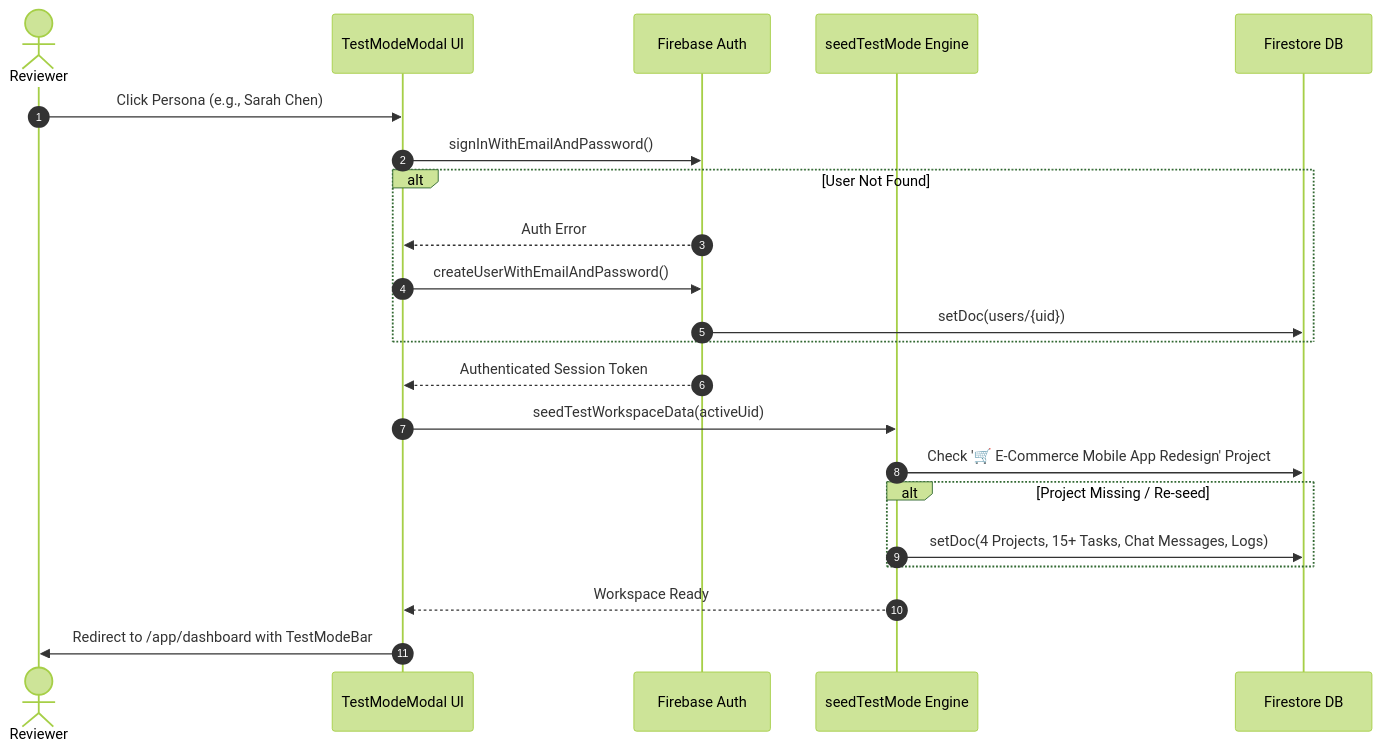
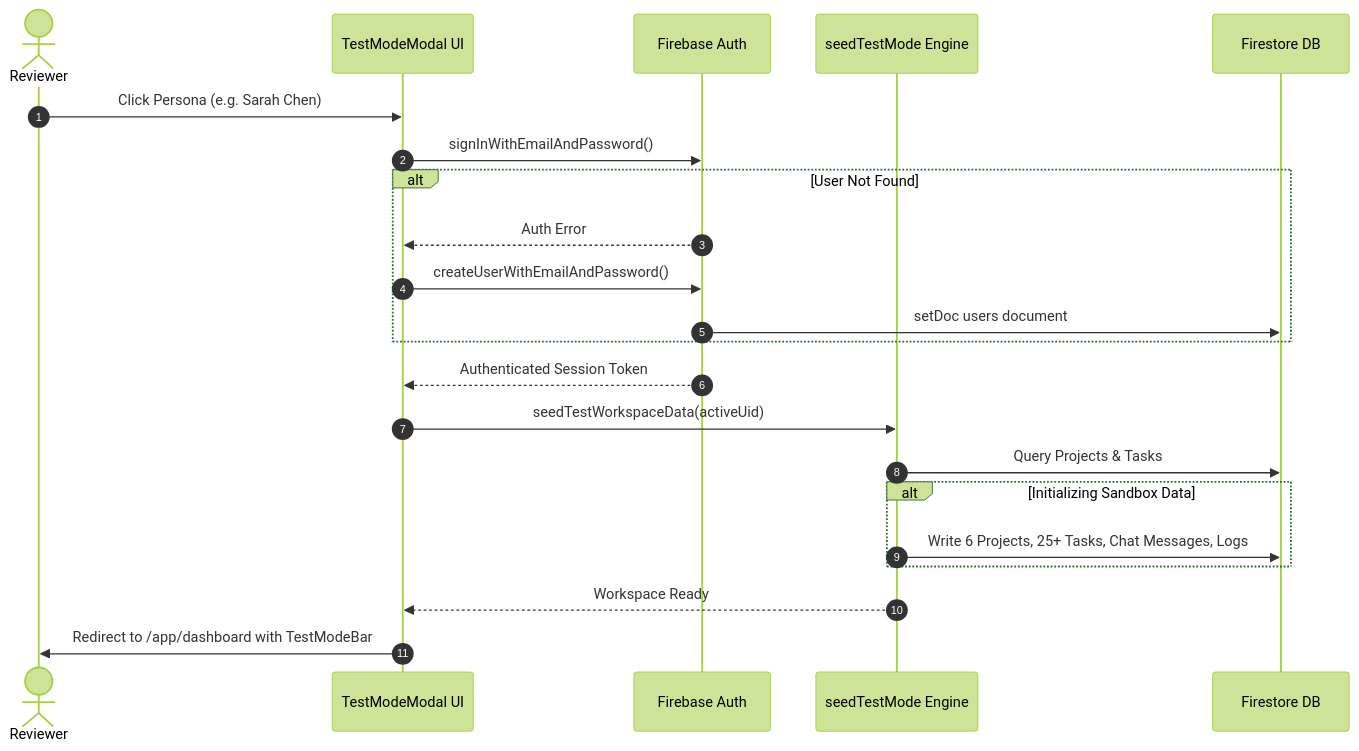
Before and after one commit to shubhrgunjan/TJ-Tasks-2026-Shubhr-Gunjan: the second of 5 diagrams in README.md, drawn with Mermaid (forest theme). The commit also changed other lines of this file and 3 other files, not shown here.

Commit message:
fix: github mermaid diagram syntax, rich seeded test mode data with dynamic UIDs, and cache-busting custom SVG favicon

````diff
--- a/README.md
+++ b/README.md
@@ -63,25 +63,25 @@
 ```mermaid
 sequenceDiagram
     autonumber
     actor Reviewer
     participant UI as TestModeModal UI
     participant Auth as Firebase Auth
     participant Seed as seedTestMode Engine
     participant DB as Firestore DB
     
-    Reviewer->>UI: Click Persona (e.g., Sarah Chen)
+    Reviewer->>UI: Click Persona (e.g. Sarah Chen)
     UI->>Auth: signInWithEmailAndPassword()
     alt User Not Found
         Auth-->>UI: Auth Error
         UI->>Auth: createUserWithEmailAndPassword()
-        Auth->>DB: setDoc(users/{uid})
+        Auth->>DB: setDoc users document
     end
     Auth-->>UI: Authenticated Session Token
     UI->>Seed: seedTestWorkspaceData(activeUid)
-    Seed->>DB: Check '🛒 E-Commerce Mobile App Redesign' Project
-    alt Project Missing / Re-seed
-        Seed->>DB: setDoc(4 Projects, 15+ Tasks, Chat Messages, Logs)
+    Seed->>DB: Query Projects & Tasks
+    alt Initializing Sandbox Data
+        Seed->>DB: Write 6 Projects, 25+ Tasks, Chat Messages, Logs
     end
     Seed-->>UI: Workspace Ready
     UI->>Reviewer: Redirect to /app/dashboard with TestModeBar
 ```
````
